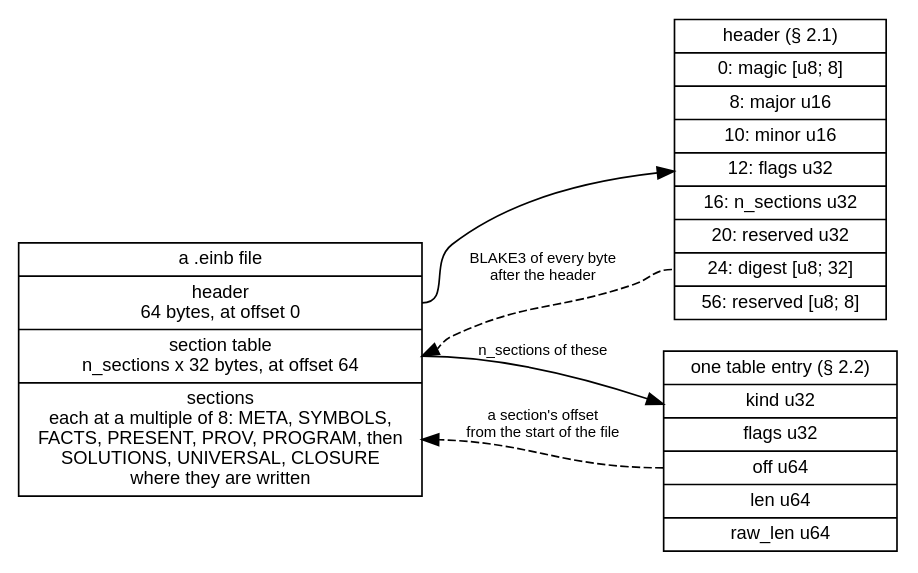
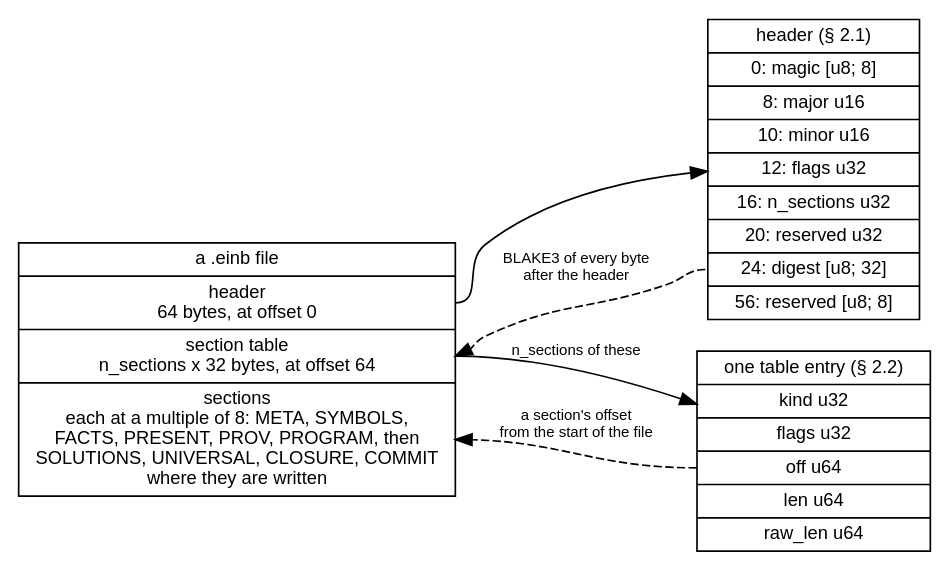
The diagram in docs/ein/ein.rs/03-design/diagrams/09-container.dot (agutikov/ein), drawn with Graphviz before and after one commit. The commit also changed 26 other files, not shown here.

```diff
--- a/docs/ein/ein.rs/03-design/diagrams/09-container.dot
+++ b/docs/ein/ein.rs/03-design/diagrams/09-container.dot
@@ -1,16 +1,16 @@
 digraph einb {
   rankdir=LR;
   node [shape=record, fontname="Helvetica", fontsize=11];
   edge [fontname="Helvetica", fontsize=9];
 
-  file [label="a .einb file | <h> header\n64 bytes, at offset 0 | <t> section table\nn_sections x 32 bytes, at offset 64 | <b> sections\neach at a multiple of 8: META, SYMBOLS,\nFACTS, PRESENT, PROV, PROGRAM, then\nSOLUTIONS, UNIVERSAL, CLOSURE\nwhere they are written"];
+  file [label="a .einb file | <h> header\n64 bytes, at offset 0 | <t> section table\nn_sections x 32 bytes, at offset 64 | <b> sections\neach at a multiple of 8: META, SYMBOLS,\nFACTS, PRESENT, PROV, PROGRAM, then\nSOLUTIONS, UNIVERSAL, CLOSURE, COMMIT\nwhere they are written"];
 
   header [label="header (§ 2.1) | 0: magic  [u8; 8] | 8: major  u16 | 10: minor  u16 | 12: flags  u32 | 16: n_sections  u32 | 20: reserved  u32 | <d> 24: digest  [u8; 32] | 56: reserved  [u8; 8]"];
 
   entry [label="one table entry (§ 2.2) | kind  u32 | flags  u32 | <o> off  u64 | len  u64 | raw_len  u64"];
 
   file:h -> header;
   file:t -> entry [label="n_sections of these"];
   header:d -> file:t [style=dashed, label="BLAKE3 of every byte\nafter the header"];
   entry:o -> file:b [style=dashed, label="a section's offset\nfrom the start of the file"];
 }
```
